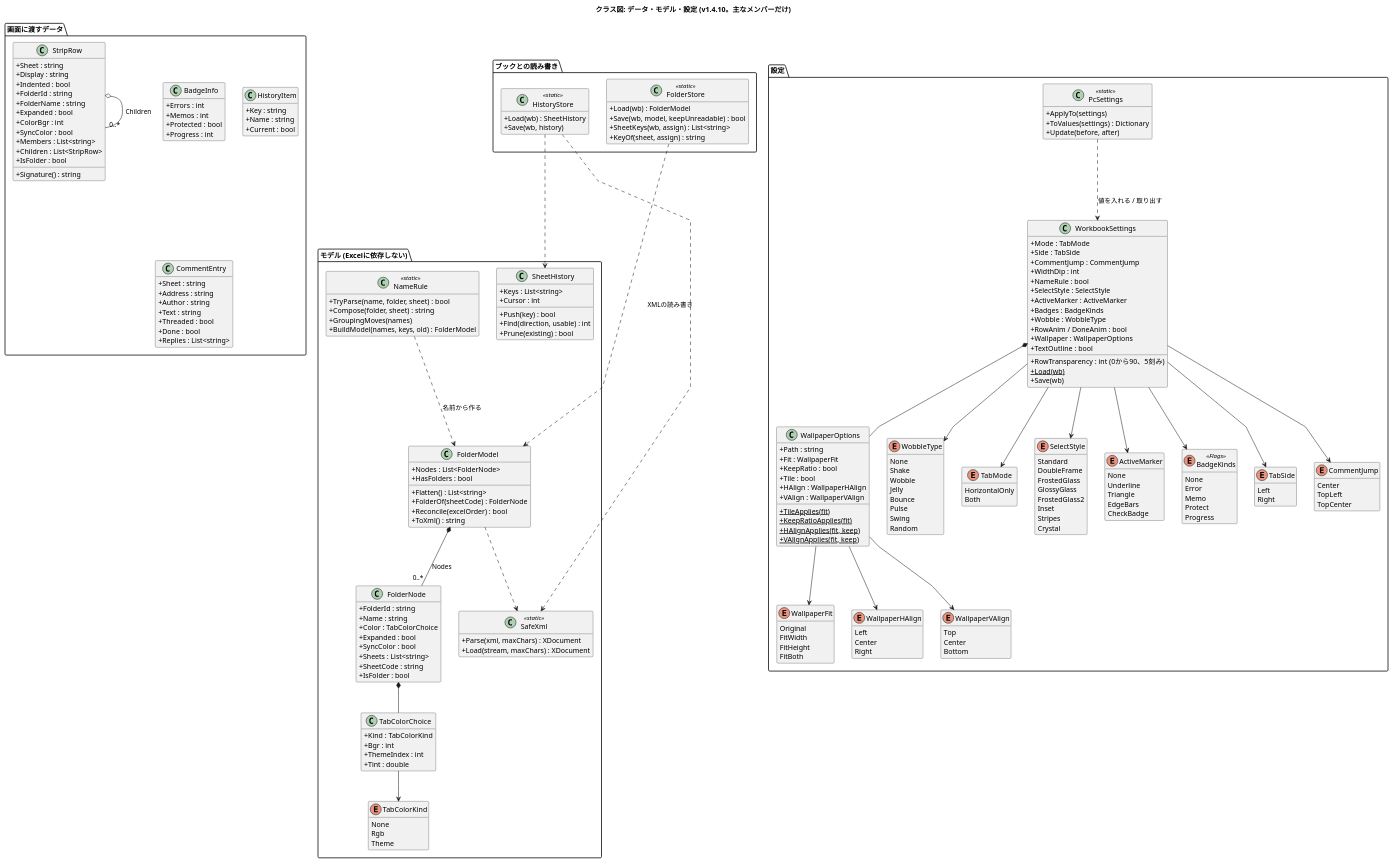
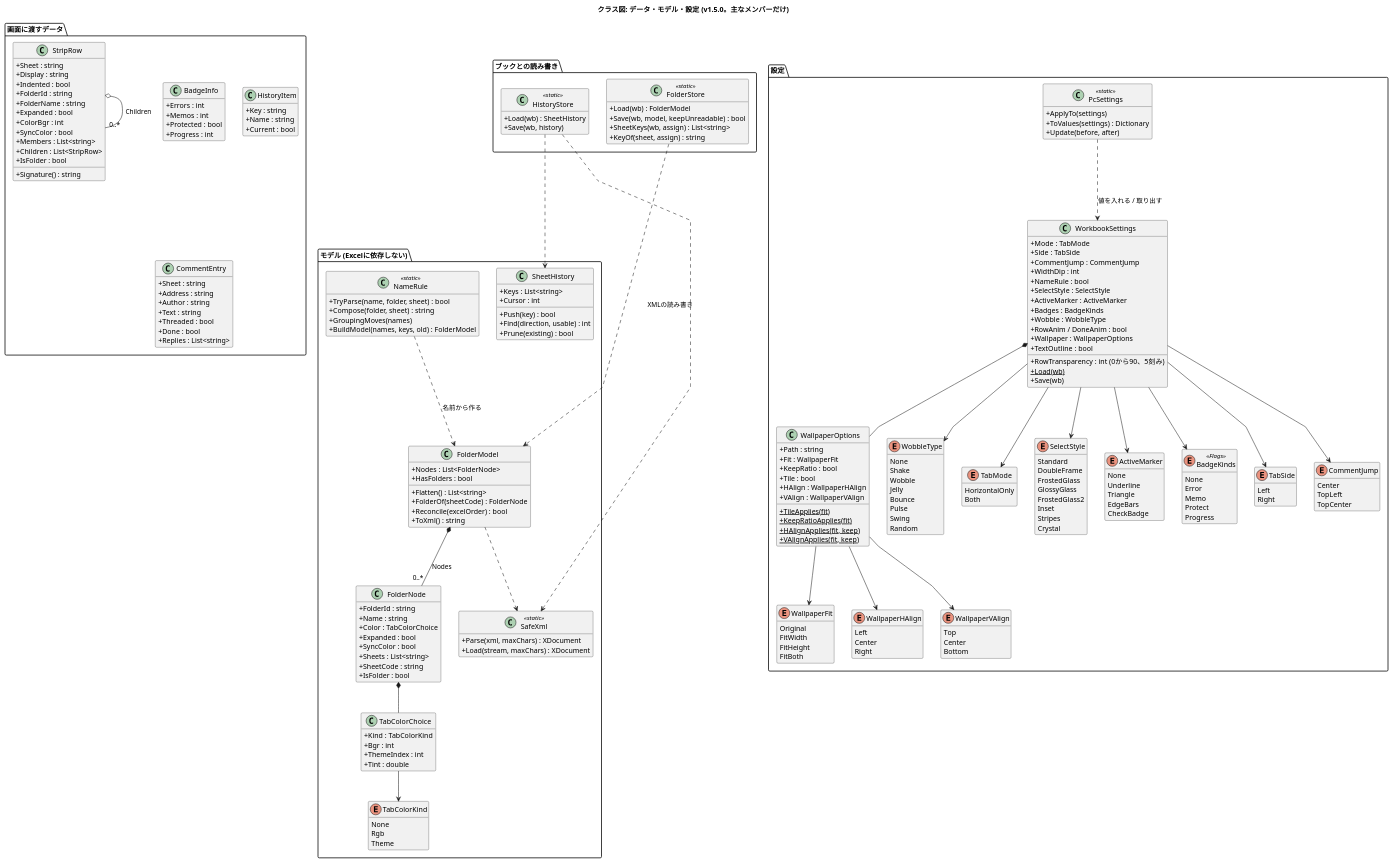
One commit to nk-taka623/VerticalSheetTabs changed the diagram in docs/class-data.puml. Above: the diagram before and after it, drawn with PlantUML. The commit also changed 14 other files, not shown here.

```diff
--- a/docs/class-data.puml
+++ b/docs/class-data.puml
@@ -1,5 +1,5 @@
 @startuml
-title クラス図: データ・モデル・設定 (v1.4.10。主なメンバーだけ)
+title クラス図: データ・モデル・設定 (v1.5.0。主なメンバーだけ)
 skinparam shadowing false
 skinparam classAttributeIconSize 0
 skinparam linetype polyline
```
